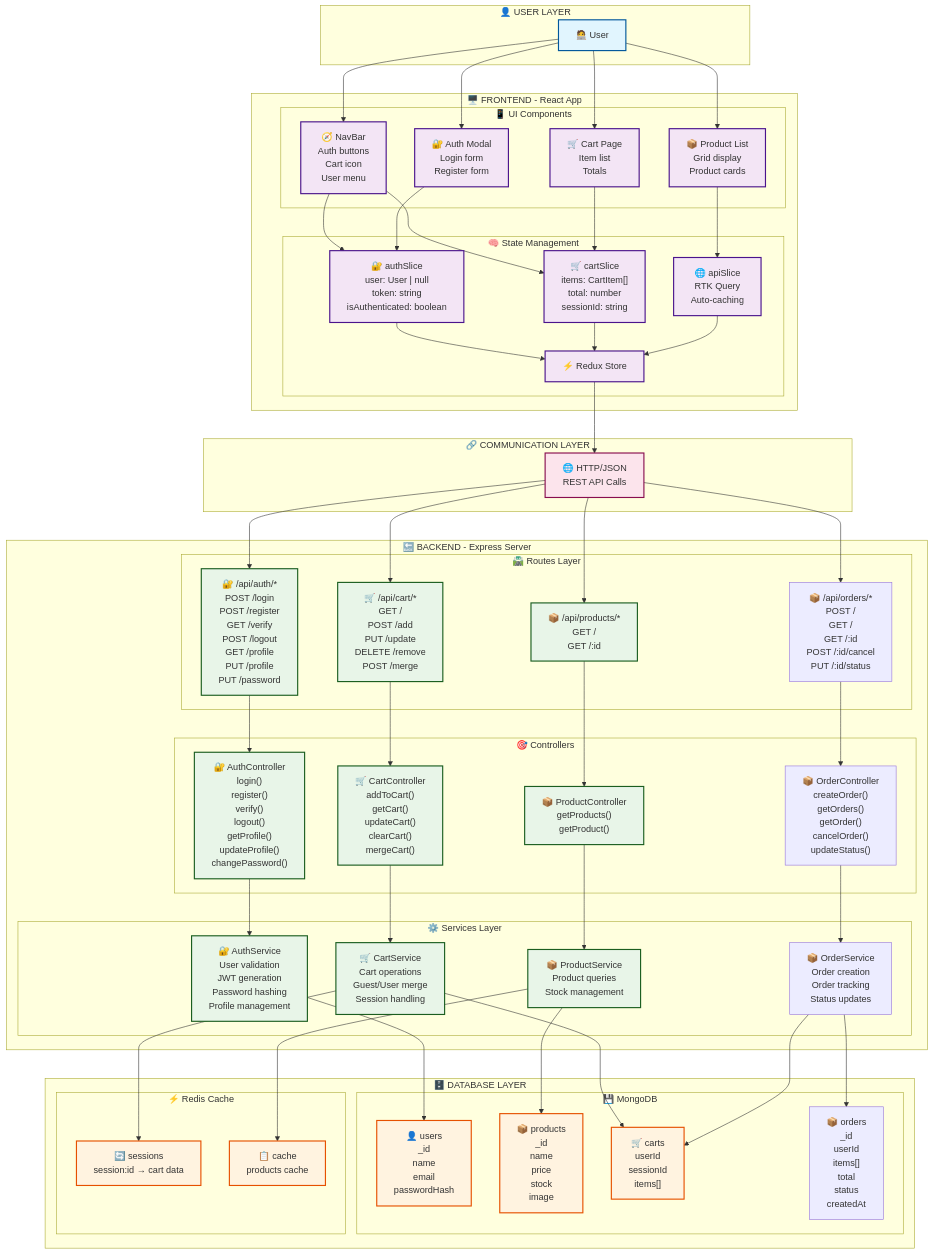
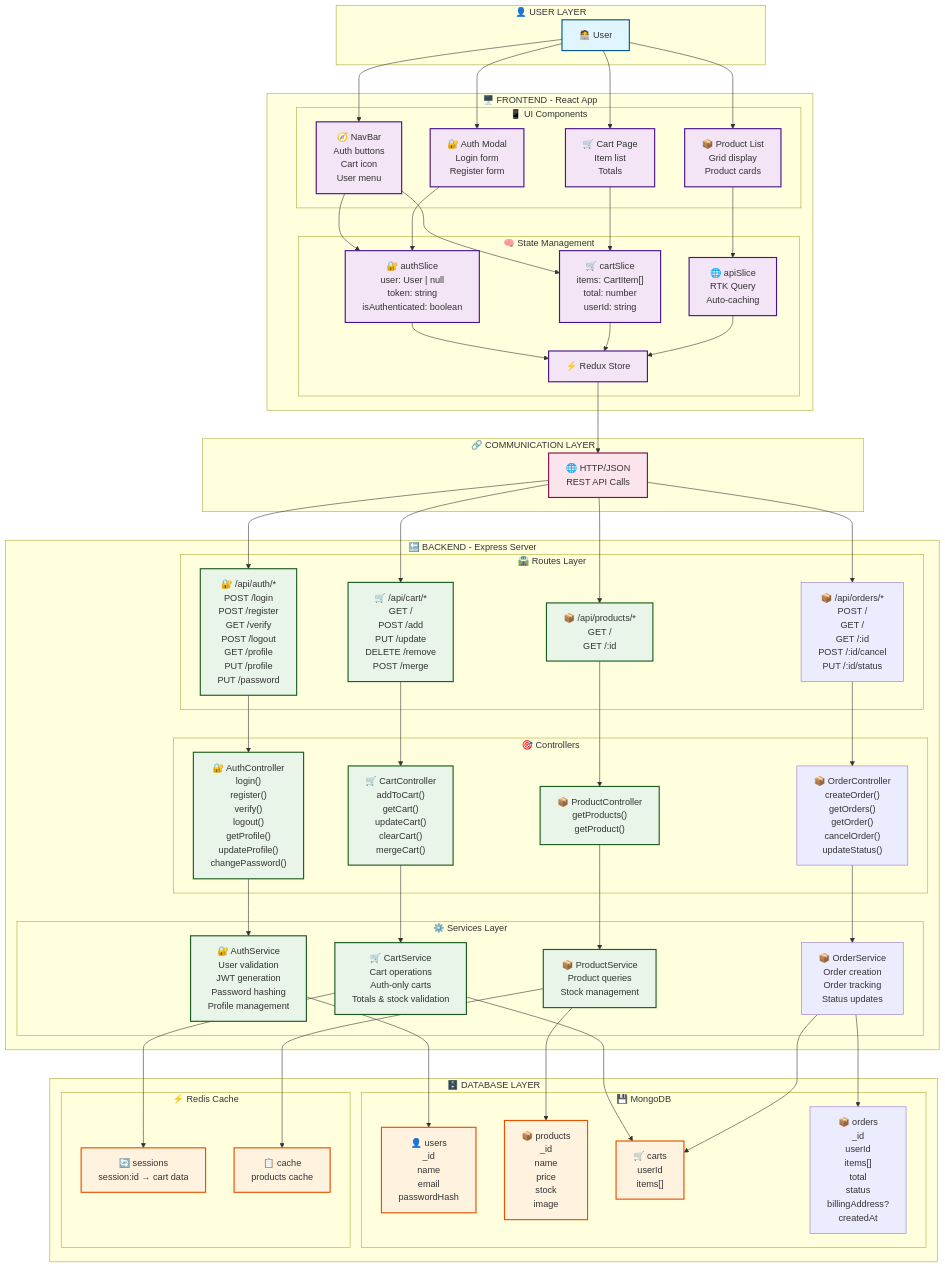
One commit to shmuelkapiloff/simple- changed the first of 16 diagrams in docs/SYSTEM_MAP.md. Above: the diagram before and after it, drawn with Mermaid. The commit also changed 26 other files, not shown here.

Commit message:
Update: Product filters, cart system, orders, and documentation

```diff
--- a/docs/SYSTEM_MAP.md
+++ b/docs/SYSTEM_MAP.md
@@ -97,7 +97,7 @@
         subgraph "🧠 State Management"
             Redux[⚡ Redux Store]
             AuthSlice["🔐 authSlice<br/>user: User | null<br/>token: string<br/>isAuthenticated: boolean"]
-            CartSlice["🛒 cartSlice<br/>items: CartItem[]<br/>total: number<br/>sessionId: string"]
+            CartSlice["🛒 cartSlice<br/>items: CartItem[]<br/>total: number<br/>userId: string"]
             ApiSlice["🌐 apiSlice<br/>RTK Query<br/>Auto-caching"]
         end
     end
@@ -123,7 +123,7 @@
         
         subgraph "⚙️ Services Layer"
             AuthService["🔐 AuthService<br/>User validation<br/>JWT generation<br/>Password hashing<br/>Profile management"]
-            CartService["🛒 CartService<br/>Cart operations<br/>Guest/User merge<br/>Session handling"]
+            CartService["🛒 CartService<br/>Cart operations<br/>Auth-only carts<br/>Totals & stock validation"]
             ProductService["📦 ProductService<br/>Product queries<br/>Stock management"]
             OrderService["📦 OrderService<br/>Order creation<br/>Order tracking<br/>Status updates"]
         end
@@ -133,8 +133,8 @@
         subgraph "💾 MongoDB"
             Users["👤 users<br/>_id<br/>name<br/>email<br/>passwordHash"]
             Products["📦 products<br/>_id<br/>name<br/>price<br/>stock<br/>image"]
-            Carts["🛒 carts<br/>userId<br/>sessionId<br/>items[]"]
-            Orders["📦 orders<br/>_id<br/>userId<br/>items[]<br/>total<br/>status<br/>createdAt"]
+            Carts["🛒 carts<br/>userId<br/>items[]"]
+            Orders["📦 orders<br/>_id<br/>userId<br/>items[]<br/>total<br/>status<br/>billingAddress?<br/>createdAt"]
         end
         
         subgraph "⚡ Redis Cache"
```
